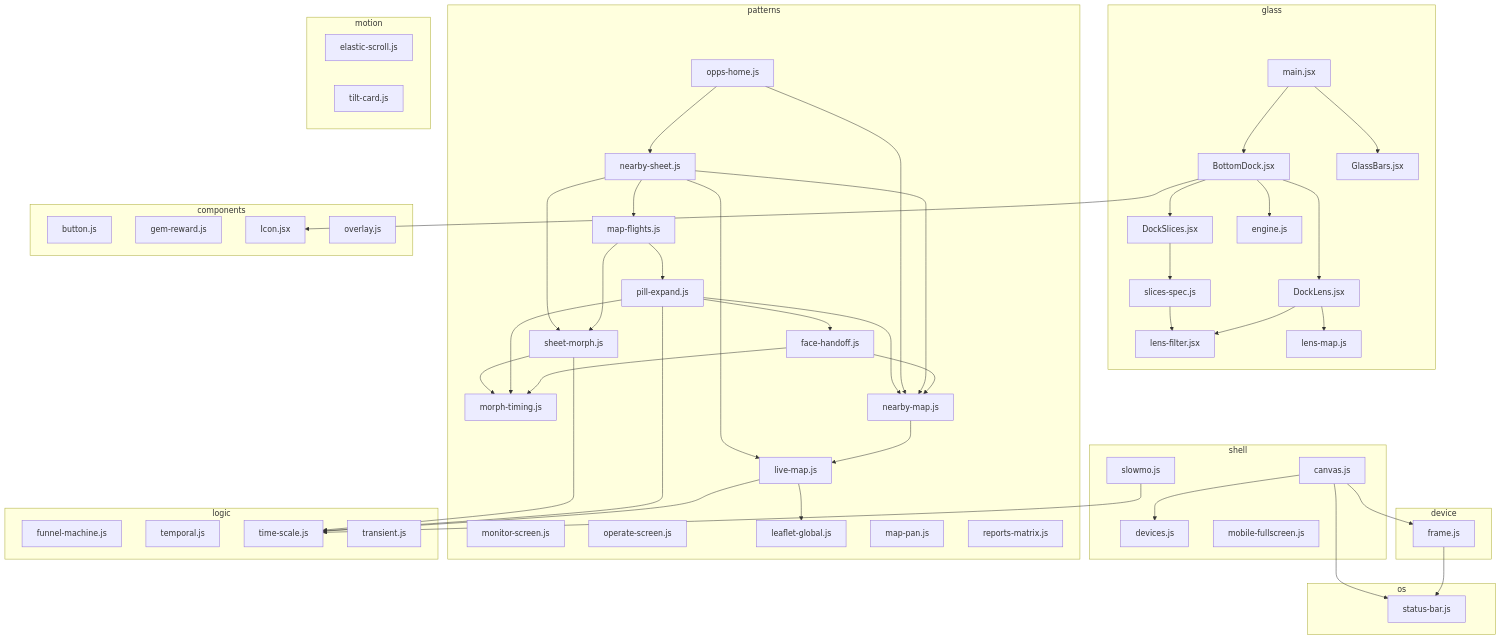
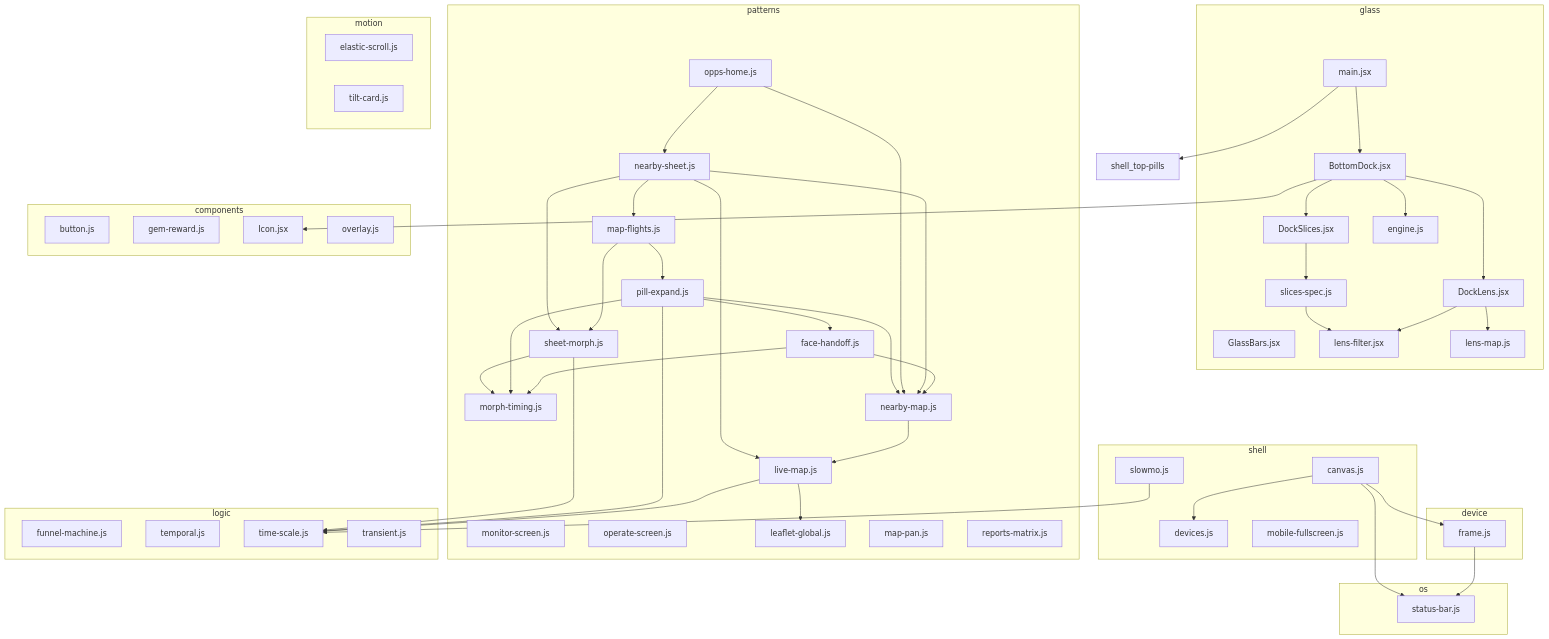
The diagram in docs/graph.mmd (IrfanAdam/crm_proj), drawn with Mermaid before and after one commit. The commit also changed 6 other files, not shown here.

```diff
--- a/docs/graph.mmd
+++ b/docs/graph.mmd
@@ -1,90 +1,90 @@
 graph TD
   subgraph shell
     workspace_canvas[canvas.js]
     workspace_devices[devices.js]
     workspace_mobile-fullscreen[mobile-fullscreen.js]
     workspace_slowmo[slowmo.js]
   end
   subgraph device
     device_frame[frame.js]
   end
   subgraph os
     os_status-bar[status-bar.js]
   end
   subgraph glass
     glass_BottomDock[BottomDock.jsx]
     glass_DockLens[DockLens.jsx]
     glass_DockSlices[DockSlices.jsx]
     glass_GlassBars[GlassBars.jsx]
     glass_engine[engine.js]
     glass_lens-filter[lens-filter.jsx]
     glass_lens-map[lens-map.js]
     glass_main[main.jsx]
     glass_slices-spec[slices-spec.js]
   end
   subgraph patterns
     patterns_MonitorScreen_monitor-screen[monitor-screen.js]
     patterns_OperateScreen_operate-screen[operate-screen.js]
     patterns_OppsHome_face-handoff[face-handoff.js]
     patterns_OppsHome_leaflet-global[leaflet-global.js]
     patterns_OppsHome_live-map[live-map.js]
     patterns_OppsHome_map-flights[map-flights.js]
     patterns_OppsHome_map-pan[map-pan.js]
     patterns_OppsHome_morph-timing[morph-timing.js]
     patterns_OppsHome_nearby-map[nearby-map.js]
     patterns_OppsHome_nearby-sheet[nearby-sheet.js]
     patterns_OppsHome_opps-home[opps-home.js]
     patterns_OppsHome_pill-expand[pill-expand.js]
     patterns_OppsHome_sheet-morph[sheet-morph.js]
     patterns_ReportsMatrix_reports-matrix[reports-matrix.js]
   end
   subgraph logic
     logic_funnel-machine[funnel-machine.js]
     logic_temporal[temporal.js]
     logic_time-scale[time-scale.js]
     logic_transient[transient.js]
   end
   subgraph components
     components_Button_button[button.js]
     components_GemReward_gem-reward[gem-reward.js]
     components_Icon_Icon[Icon.jsx]
     components_Overlay_overlay[overlay.js]
   end
   subgraph motion
     motion_elastic-scroll[elastic-scroll.js]
     motion_tilt-card[tilt-card.js]
   end
   device_frame --> os_status-bar
   glass_BottomDock --> glass_DockLens
   glass_BottomDock --> glass_DockSlices
   glass_BottomDock --> glass_engine
   glass_BottomDock --> components_Icon_Icon
   glass_DockLens --> glass_lens-map
   glass_DockLens --> glass_lens-filter
   glass_DockSlices --> glass_slices-spec
-  glass_main --> glass_GlassBars
+  glass_main --> shell_top-pills
   glass_main --> glass_BottomDock
   glass_slices-spec --> glass_lens-filter
   patterns_OppsHome_face-handoff --> patterns_OppsHome_nearby-map
   patterns_OppsHome_face-handoff --> patterns_OppsHome_morph-timing
   patterns_OppsHome_live-map --> patterns_OppsHome_leaflet-global
   patterns_OppsHome_live-map --> logic_time-scale
   patterns_OppsHome_map-flights --> patterns_OppsHome_sheet-morph
   patterns_OppsHome_map-flights --> patterns_OppsHome_pill-expand
   patterns_OppsHome_nearby-map --> patterns_OppsHome_live-map
   patterns_OppsHome_nearby-sheet --> patterns_OppsHome_live-map
   patterns_OppsHome_nearby-sheet --> patterns_OppsHome_sheet-morph
   patterns_OppsHome_nearby-sheet --> patterns_OppsHome_map-flights
   patterns_OppsHome_nearby-sheet --> patterns_OppsHome_nearby-map
   patterns_OppsHome_opps-home --> patterns_OppsHome_nearby-map
   patterns_OppsHome_opps-home --> patterns_OppsHome_nearby-sheet
   patterns_OppsHome_pill-expand --> patterns_OppsHome_nearby-map
   patterns_OppsHome_pill-expand --> patterns_OppsHome_morph-timing
   patterns_OppsHome_pill-expand --> patterns_OppsHome_face-handoff
   patterns_OppsHome_pill-expand --> logic_time-scale
   patterns_OppsHome_sheet-morph --> patterns_OppsHome_morph-timing
   patterns_OppsHome_sheet-morph --> logic_time-scale
   workspace_canvas --> workspace_devices
   workspace_canvas --> os_status-bar
   workspace_canvas --> device_frame
   workspace_slowmo --> logic_time-scale
```
